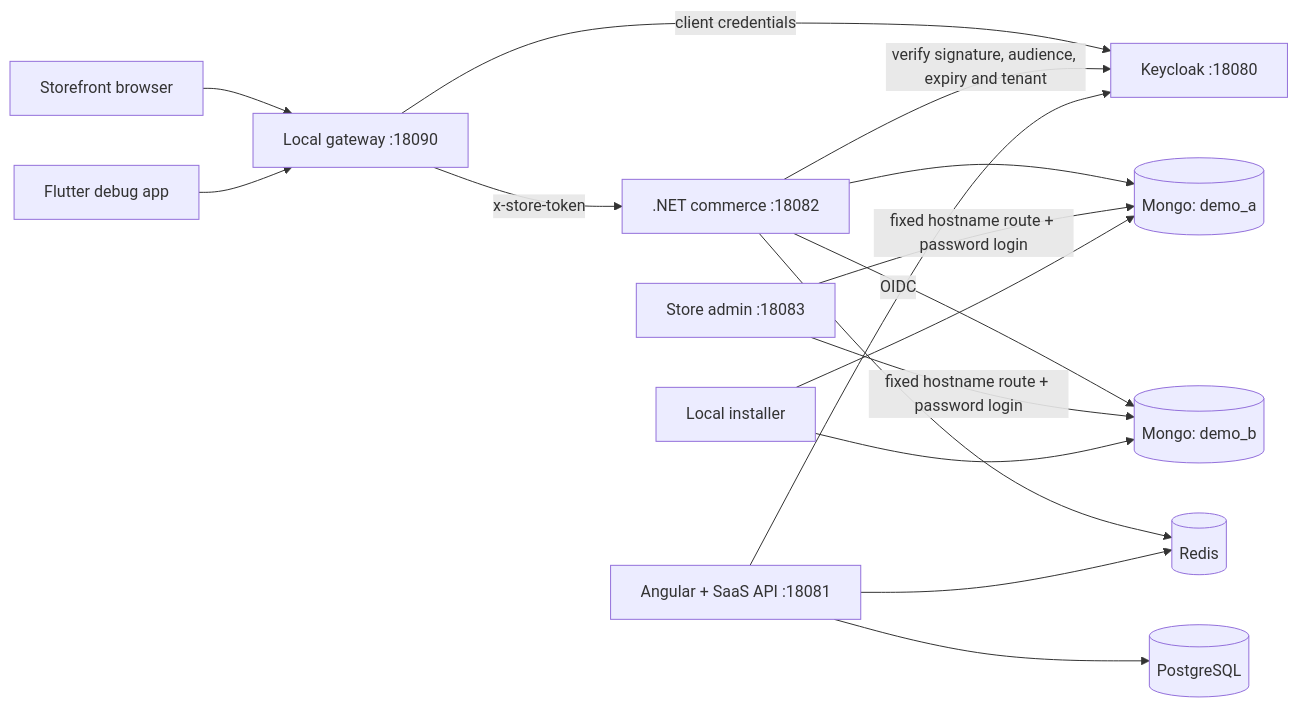
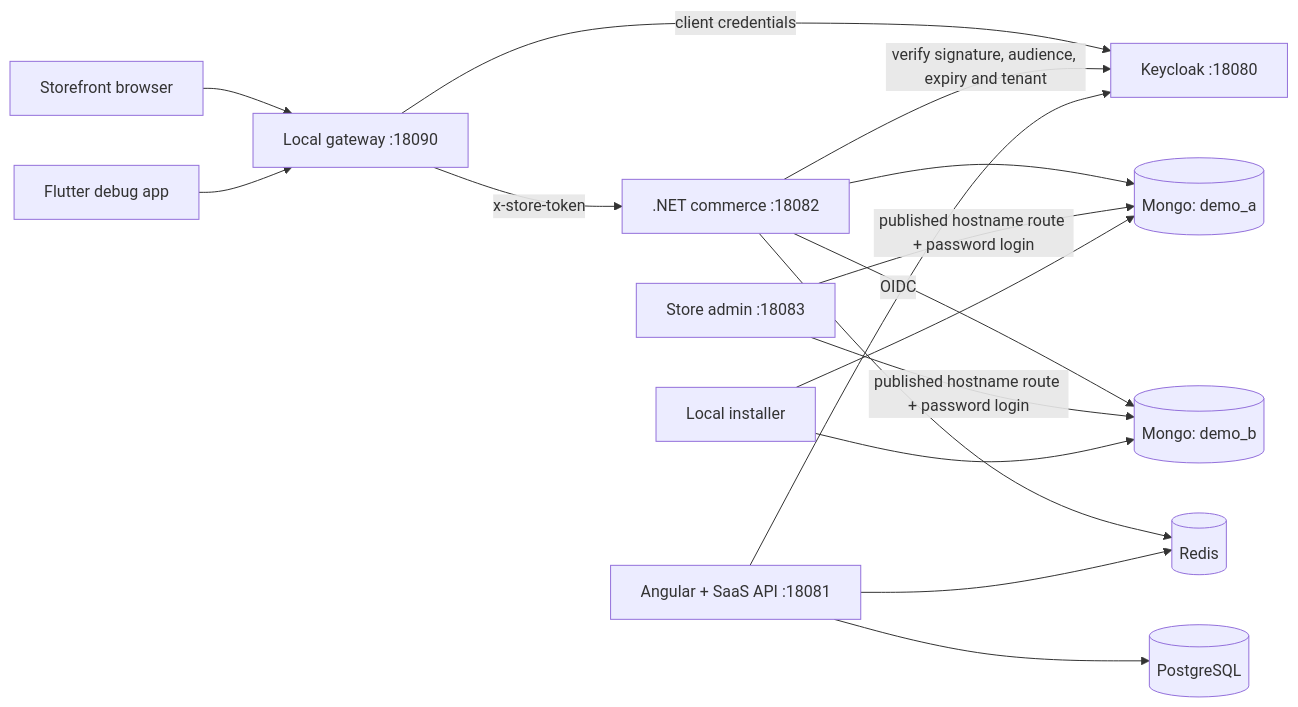
One commit to osman-kabasakal/multi-tenant-commerce-platform changed the first of 2 diagrams in docs/ARCHITECTURE.md. Above: the diagram before and after it, drawn with Mermaid. The commit also changed other lines of this file and 59 other files, not shown here.

````diff
--- a/docs/ARCHITECTURE.md
+++ b/docs/ARCHITECTURE.md
@@ -5,18 +5,18 @@
 ```mermaid
 flowchart LR
     Browser[Storefront browser] --> Gateway[Local gateway :18090]
     Mobile[Flutter debug app] --> Gateway
     Gateway -->|client credentials| KC[Keycloak :18080]
     Gateway -->|x-store-token| Commerce[.NET commerce :18082]
     Commerce -->|verify signature, audience, expiry and tenant| KC
     Commerce --> A[(Mongo: demo_a)]
     Commerce --> B[(Mongo: demo_b)]
-    Admin[Store admin :18083] -->|fixed hostname route + password login| A
-    Admin -->|fixed hostname route + password login| B
+    Admin[Store admin :18083] -->|published hostname route + password login| A
+    Admin -->|published hostname route + password login| B
     SaaS[Angular + SaaS API :18081] -->|OIDC| KC
     SaaS --> PG[(PostgreSQL)]
     Commerce --> Redis[(Redis)]
     SaaS --> Redis
     Installer[Local installer] --> A
     Installer --> B
 ```
````
